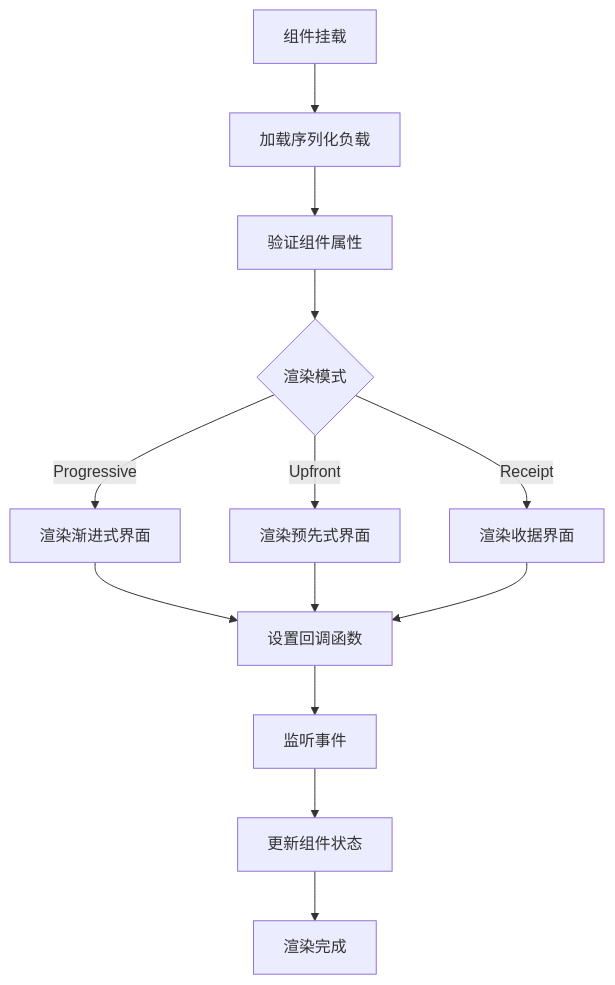
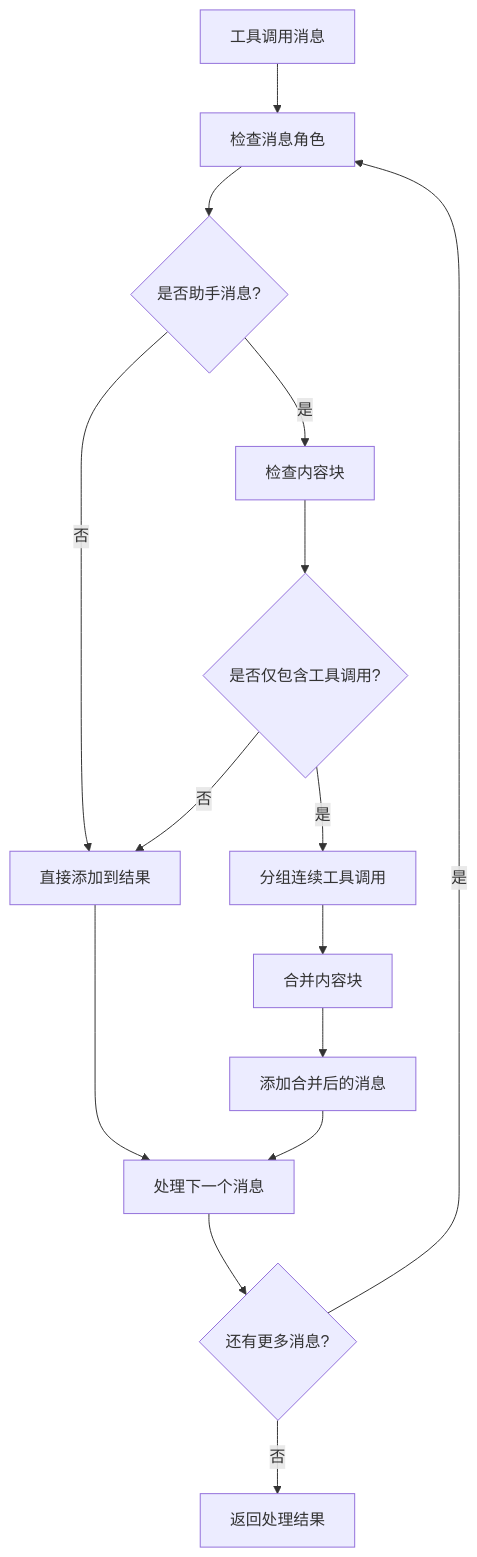
One commit to verse-ai-org/openclaw changed diagram 17 of 33 in .qoder/repowiki/zh/content/Web界面/WebChat界面/聊天运行时提供者增强/聊天运行时提供者增强.md. Above: the diagram before and after it, drawn with Mermaid. The commit also changed other lines of this file and 26 other files, not shown here.

````diff
--- a/.qoder/repowiki/zh/content/Web界面/WebChat界面/聊天运行时提供者增强/聊天运行时提供者增强.md
+++ b/.qoder/repowiki/zh/content/Web界面/WebChat界面/聊天运行时提供者增强/聊天运行时提供者增强.md
@@ -1009,15 +1091,17 @@
 ```mermaid
 flowchart TD
-ComponentMount[组件挂载] --> LoadPayload["加载序列化负载"]
-LoadPayload --> ValidateProps["验证组件属性"]
-ValidateProps --> RenderMode{"渲染模式"}
-RenderMode --> |Progressive| RenderProgressive["渲染渐进式界面"]
-RenderMode --> |Upfront| RenderUpfront["渲染预先式界面"]
-RenderMode --> |Receipt| RenderReceipt["渲染收据界面"]
-RenderProgressive --> SetupCallbacks["设置回调函数"]
-RenderUpfront --> SetupCallbacks
-RenderReceipt --> SetupCallbacks
-SetupCallbacks --> ListenEvents["监听事件"]
-ListenEvents --> UpdateState["更新组件状态"]
-UpdateState --> RenderComplete["渲染完成"]
+ToolMessages[工具调用消息] --> CheckRole["检查消息角色"]
+CheckRole --> IsAssistant{"是否助手消息?"}
+IsAssistant --> |否| AddDirectly["直接添加到结果"]
+IsAssistant --> |是| CheckBlocks["检查内容块"]
+CheckBlocks --> IsToolOnly{"是否仅包含工具调用?"}
+IsToolOnly --> |否| AddDirectly
+IsToolOnly --> |是| GroupConsecutive["分组连续工具调用"]
+GroupConsecutive --> MergeBlocks["合并内容块"]
+MergeBlocks --> AddMerged["添加合并后的消息"]
+AddDirectly --> NextMessage["处理下一个消息"]
+AddMerged --> NextMessage
+NextMessage --> MoreMessages{"还有更多消息?"}
+MoreMessages --> |是| CheckRole
+MoreMessages --> |否| ReturnResult["返回处理结果"]
 ```
````
